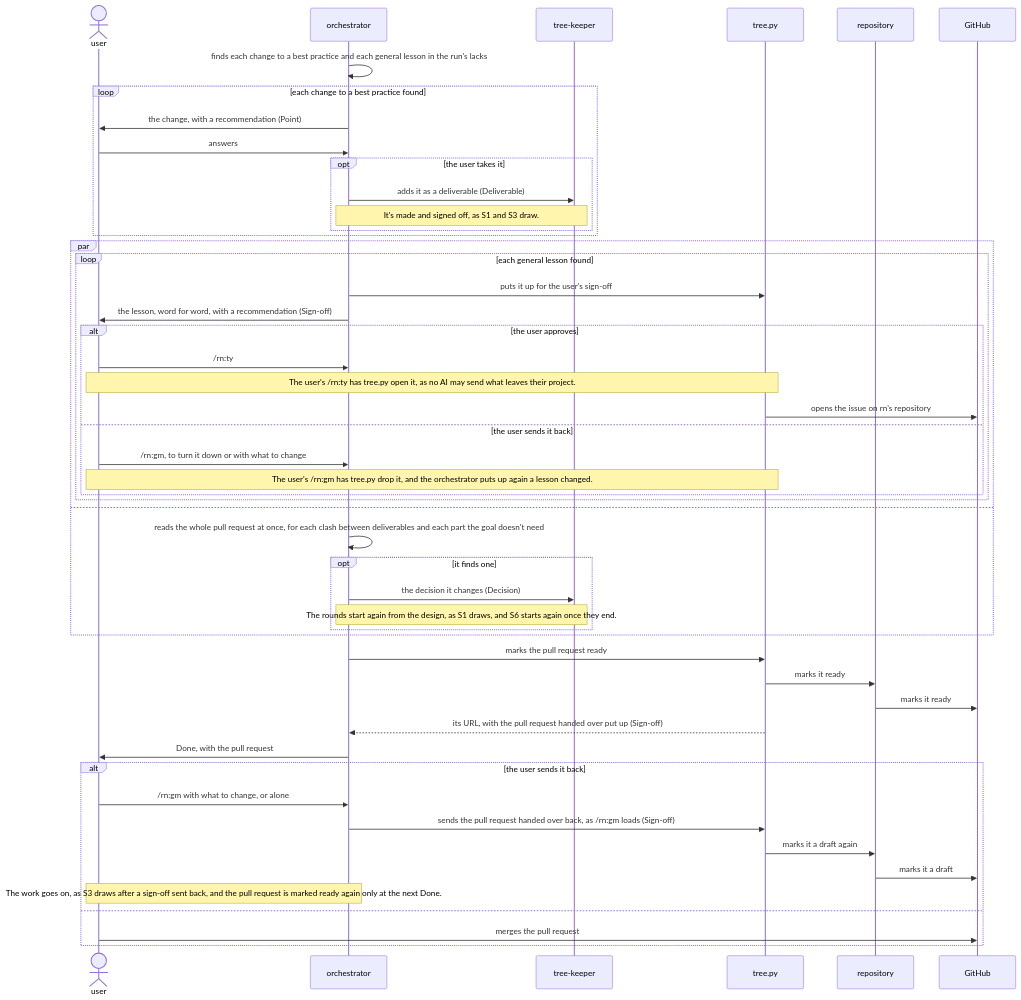
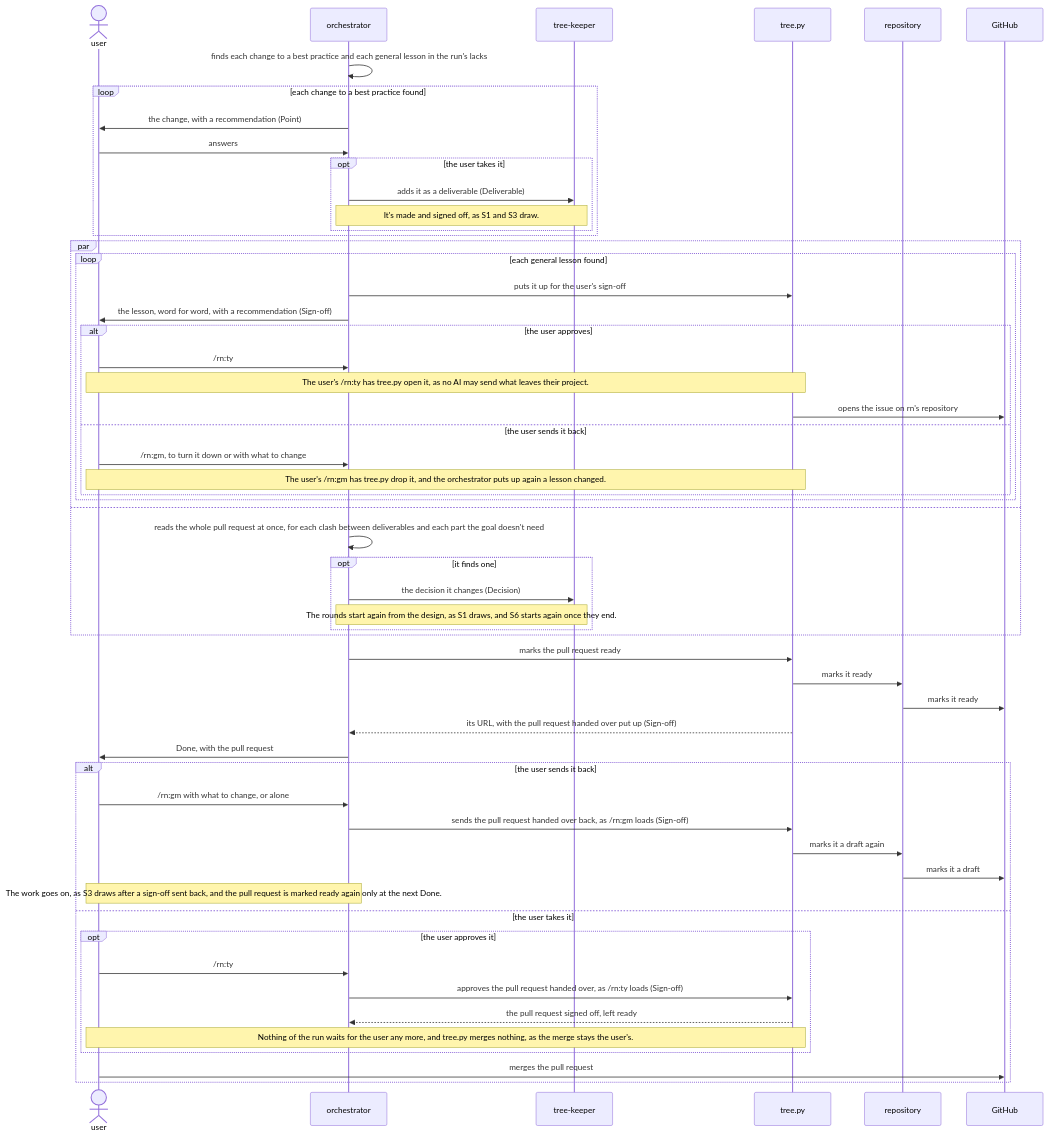
One commit to lovaizu/ccpm changed the sixth of 6 diagrams in dev/rn/architecture.md. Above: the diagram before and after it, drawn with Mermaid. The commit also changed other lines of this file and 6 other files, not shown here.

First line of the commit message:
rn architecture: /rn:ty after Done signs off the pull request handed over and leaves the merge to the user, and rn's check runs at the end of the orchestrator's turn that puts work up, as the guide says

````diff
--- a/dev/rn/architecture.md
+++ b/dev/rn/architecture.md
@@ -507,52 +507,58 @@
 ```mermaid
 sequenceDiagram
   actor U as user
   participant O as orchestrator
   participant K as tree-keeper
   participant T as tree.py
   participant RP as repository
   participant GH as GitHub
   O->>O: finds each change to a best practice and each general lesson in the run's lacks
   loop each change to a best practice found
     O->>U: the change, with a recommendation (Point)
     U->>O: answers
     opt the user takes it
       O->>K: adds it as a deliverable (Deliverable)
       Note over O,K: It's made and signed off, as S1 and S3 draw.
     end
   end
   par
     loop each general lesson found
       O->>T: puts it up for the user's sign-off
       O->>U: the lesson, word for word, with a recommendation (Sign-off)
       alt the user approves
         U->>O: /rn:ty
         Note over U,T: The user's /rn:ty has tree.py open it, as no AI may send what leaves their project.
         T->>GH: opens the issue on rn's repository
       else the user sends it back
         U->>O: /rn:gm, to turn it down or with what to change
         Note over U,T: The user's /rn:gm has tree.py drop it, and the orchestrator puts up again a lesson changed.
       end
     end
   and
     O->>O: reads the whole pull request at once, for each clash between deliverables and each part the goal doesn't need
     opt it finds one
       O->>K: the decision it changes (Decision)
       Note over O,K: The rounds start again from the design, as S1 draws, and S6 starts again once they end.
     end
   end
   O->>T: marks the pull request ready
   T->>RP: marks it ready
   RP->>GH: marks it ready
   T-->>O: its URL, with the pull request handed over put up (Sign-off)
   O->>U: Done, with the pull request
   alt the user sends it back
     U->>O: /rn:gm with what to change, or alone
     O->>T: sends the pull request handed over back, as /rn:gm loads (Sign-off)
     T->>RP: marks it a draft again
     RP->>GH: marks it a draft
     Note over U,O: The work goes on, as S3 draws after a sign-off sent back, and the pull request is marked ready again only at the next Done.
-  else
+  else the user takes it
+    opt the user approves it
+      U->>O: /rn:ty
+      O->>T: approves the pull request handed over, as /rn:ty loads (Sign-off)
+      T-->>O: the pull request signed off, left ready
+      Note over U,T: Nothing of the run waits for the user any more, and tree.py merges nothing, as the merge stays the user's.
+    end
     U->>GH: merges the pull request
   end
 ```
````
